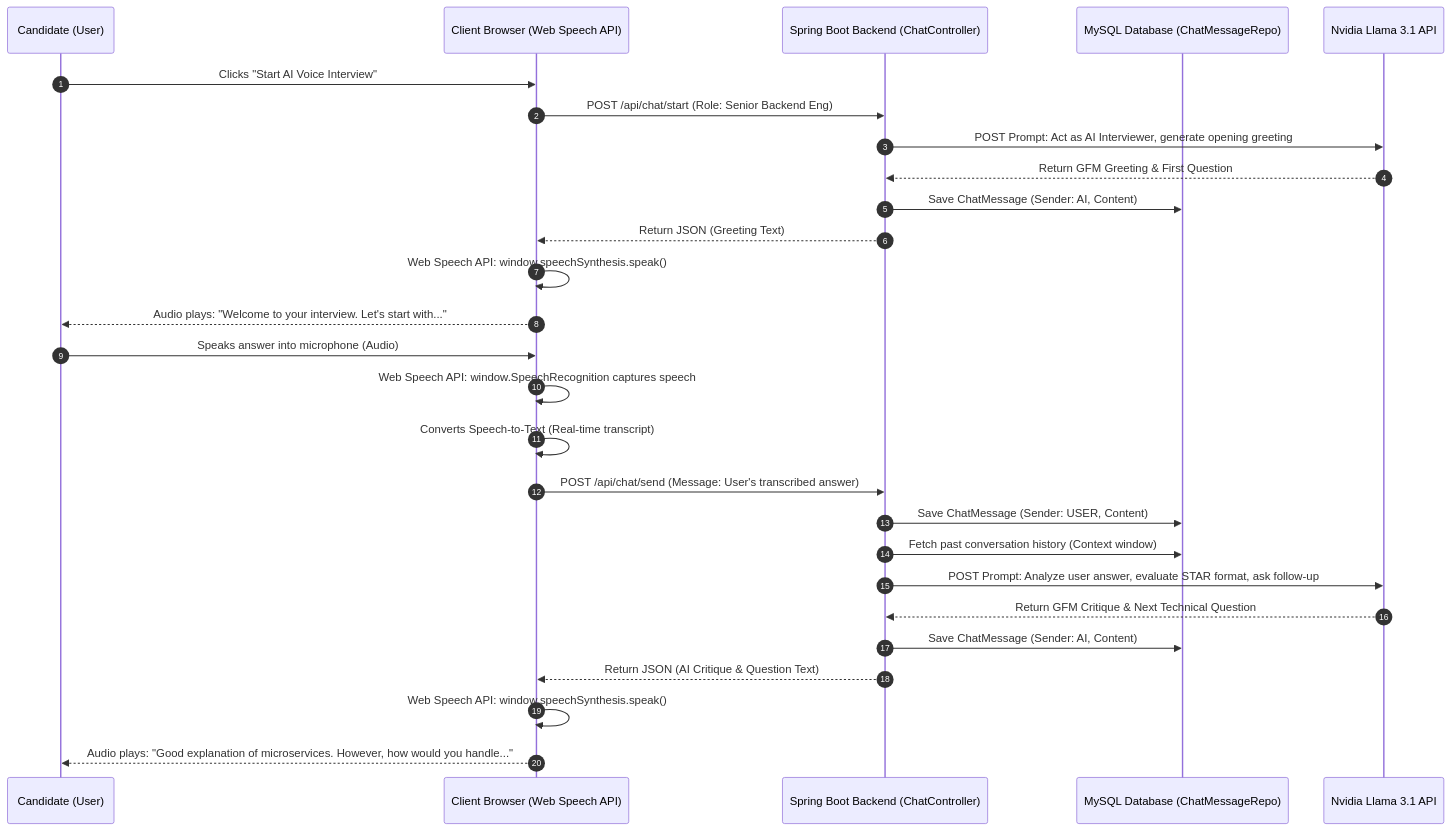
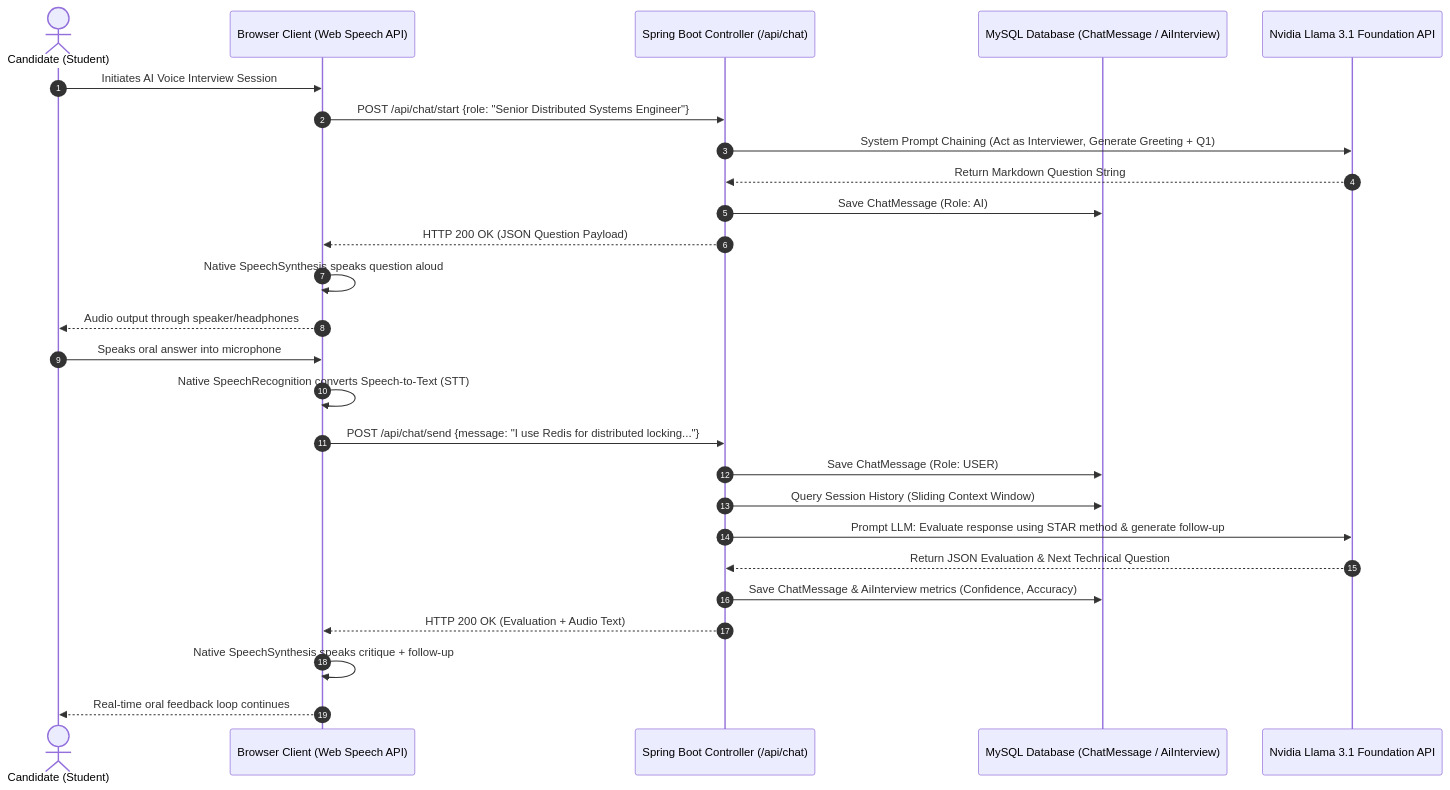
One commit to kartiksharma76/kartikcompiler changed the fourth of 7 diagrams in research_paper.md. Above: the diagram before and after it, drawn with Mermaid. The commit also changed other lines of this file and 11 other files, not shown here.

````diff
--- a/research_paper.md
+++ b/research_paper.md
@@ -357,31 +257,30 @@
 ```mermaid
 sequenceDiagram
     autonumber
-    participant User as Candidate (User)
-    participant Browser as Client Browser (Web Speech API)
-    participant Backend as Spring Boot Backend (ChatController)
-    participant DB as MySQL Database (ChatMessageRepo)
-    participant AI as Nvidia Llama 3.1 API
+    actor Candidate as Candidate (Student)
+    participant Browser as Browser Client (Web Speech API)
+    participant Gateway as Spring Boot Controller (/api/chat)
+    participant DB as MySQL Database (ChatMessage / AiInterview)
+    participant LLM as Nvidia Llama 3.1 Foundation API
 
-    User->>Browser: Clicks "Start AI Voice Interview"
-    Browser->>Backend: POST /api/chat/start (Role: Senior Backend Eng)
-    Backend->>AI: POST Prompt: Act as AI Interviewer, generate opening greeting
-    AI-->>Backend: Return GFM Greeting & First Question
-    Backend->>DB: Save ChatMessage (Sender: AI, Content)
-    Backend-->>Browser: Return JSON (Greeting Text)
-    Browser->>Browser: Web Speech API: window.speechSynthesis.speak()
-    Browser-->>User: Audio plays: "Welcome to your interview. Let's start with..."
-    
-    User->>Browser: Speaks answer into microphone (Audio)
-    Browser->>Browser: Web Speech API: window.SpeechRecognition captures speech
-    Browser->>Browser: Converts Speech-to-Text (Real-time transcript)
-    Browser->>Backend: POST /api/chat/send (Message: User's transcribed answer)
-    Backend->>DB: Save ChatMessage (Sender: USER, Content)
-    Backend->>DB: Fetch past conversation history (Context window)
-    Backend->>AI: POST Prompt: Analyze user answer, evaluate STAR format, ask follow-up
-    AI-->>Backend: Return GFM Critique & Next Technical Question
-    Backend->>DB: Save ChatMessage (Sender: AI, Content)
-    Backend-->>Browser: Return JSON (AI Critique & Question Text)
-    Browser->>Browser: Web Speech API: window.speechSynthesis.speak()
-    Browser-->>User: Audio plays: "Good explanation of microservices. However, how would you handle..."
+    Candidate->>Browser: Initiates AI Voice Interview Session
+    Browser->>Gateway: POST /api/chat/start {role: "Senior Distributed Systems Engineer"}
+    Gateway->>LLM: System Prompt Chaining (Act as Interviewer, Generate Greeting + Q1)
+    LLM-->>Gateway: Return Markdown Question String
+    Gateway->>DB: Save ChatMessage (Role: AI)
+    Gateway-->>Browser: HTTP 200 OK (JSON Question Payload)
+    Browser->>Browser: Native SpeechSynthesis speaks question aloud
+    Browser-->>Candidate: Audio output through speaker/headphones
+
+    Candidate->>Browser: Speaks oral answer into microphone
+    Browser->>Browser: Native SpeechRecognition converts Speech-to-Text (STT)
+    Browser->>Gateway: POST /api/chat/send {message: "I use Redis for distributed locking..."}
+    Gateway->>DB: Save ChatMessage (Role: USER)
+    Gateway->>DB: Query Session History (Sliding Context Window)
+    Gateway->>LLM: Prompt LLM: Evaluate response using STAR method & generate follow-up
+    LLM-->>Gateway: Return JSON Evaluation & Next Technical Question
+    Gateway->>DB: Save ChatMessage & AiInterview metrics (Confidence, Accuracy)
+    Gateway-->>Browser: HTTP 200 OK (Evaluation + Audio Text)
+    Browser->>Browser: Native SpeechSynthesis speaks critique + follow-up
+    Browser-->>Candidate: Real-time oral feedback loop continues
 ```
````
